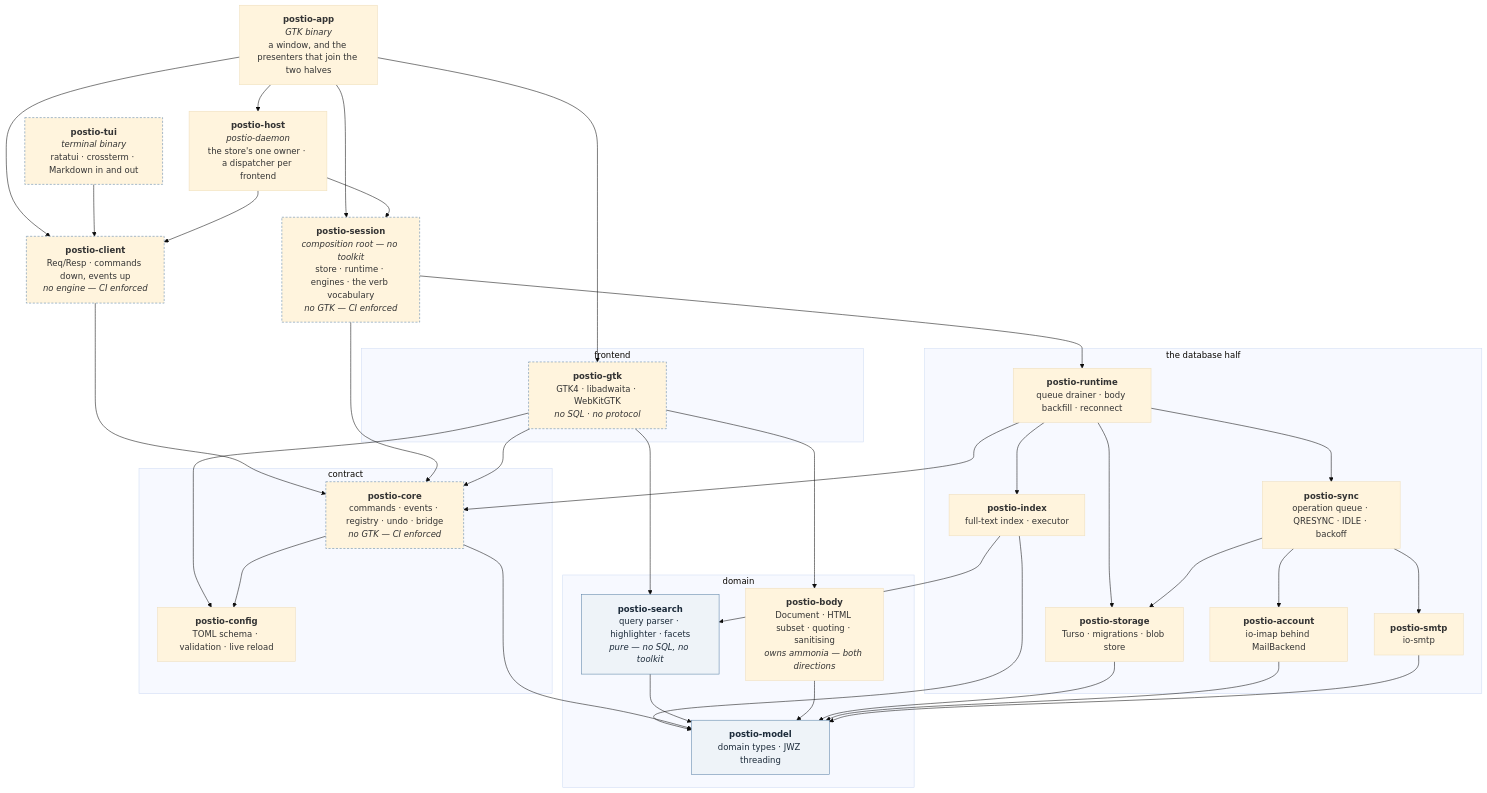
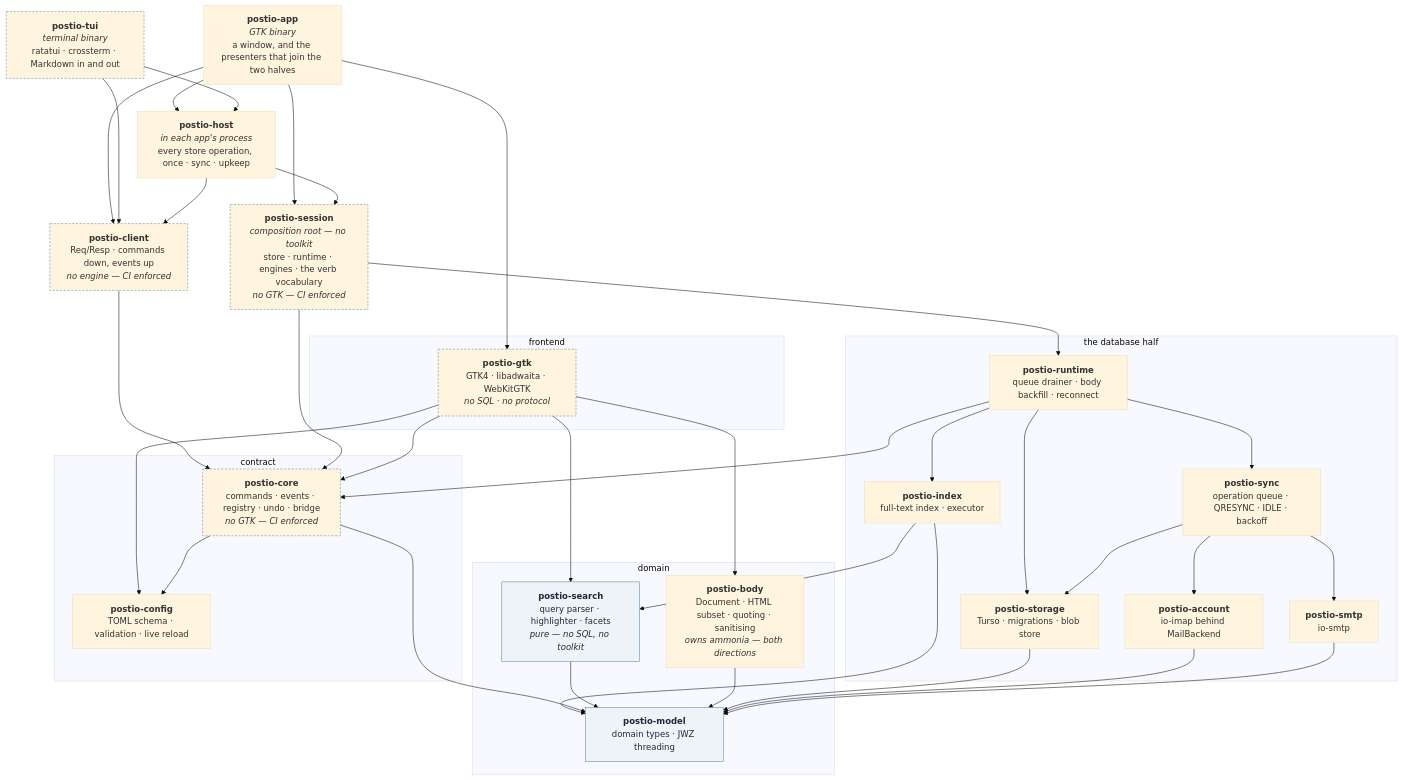
Before and after one commit to dlapiduz/postio: the diagram in docs/ARCHITECTURE.md, drawn with Mermaid (base theme). The commit also changed other lines of this file and 17 other files, not shown here.

First line of the commit message:
docs: one app opens the store at a time

````diff
--- a/docs/ARCHITECTURE.md
+++ b/docs/ARCHITECTURE.md
@@ -16,68 +16,69 @@
 ```mermaid
 graph TD
     app["<b>postio-app</b><br/><i>GTK binary</i><br/>a window, and the presenters that join the two halves"]
     tui["<b>postio-tui</b><br/><i>terminal binary</i><br/>ratatui · crossterm · Markdown in and out"]
-    host["<b>postio-host</b><br/><i>postio-daemon</i><br/>the store's one owner · a dispatcher per frontend"]
+    host["<b>postio-host</b><br/><i>in each app's process</i><br/>every store operation, once · sync · upkeep"]
     client["<b>postio-client</b><br/>Req/Resp · commands down, events up<br/><i>no engine — CI enforced</i>"]
     session["<b>postio-session</b><br/><i>composition root — no toolkit</i><br/>store · runtime · engines · the verb vocabulary<br/><i>no GTK — CI enforced</i>"]
 
     subgraph view ["frontend"]
         gtk["<b>postio-gtk</b><br/>GTK4 · libadwaita · WebKitGTK<br/><i>no SQL · no protocol</i>"]
     end
 
     subgraph engine ["the database half"]
         runtime["<b>postio-runtime</b><br/>queue drainer · body backfill · reconnect"]
         sync["<b>postio-sync</b><br/>operation queue · QRESYNC · IDLE · backoff"]
         imap["<b>postio-account</b><br/>io-imap behind MailBackend"]
         smtp["<b>postio-smtp</b><br/>io-smtp"]
         storage["<b>postio-storage</b><br/>Turso · migrations · blob store"]
         index["<b>postio-index</b><br/>full-text index · executor"]
     end
 
     subgraph contract ["contract"]
         core["<b>postio-core</b><br/>commands · events · registry · undo · bridge<br/><i>no GTK — CI enforced</i>"]
         config["<b>postio-config</b><br/>TOML schema · validation · live reload"]
     end
 
     subgraph domain ["domain"]
         search["<b>postio-search</b><br/>query parser · highlighter · facets<br/><i>pure — no SQL, no toolkit</i>"]
         body["<b>postio-body</b><br/>Document · HTML subset · quoting · sanitising<br/><i>owns ammonia — both directions</i>"]
         model["<b>postio-model</b><br/>domain types · JWZ threading"]
     end
 
     app --> session
     app --> gtk
     app --> host
     app --> client
     tui --> client
+    tui --> host
     host --> session
     host --> client
     client --> core
     session --> runtime
     session --> core
     gtk --> core
     gtk --> search
     gtk --> body
     gtk --> config
     runtime --> sync
     runtime --> index
     runtime --> core
     runtime --> storage
     sync --> imap
     sync --> smtp
     sync --> storage
     index --> search
     index --> model
     core --> config
     core --> model
     search --> model
     body --> model
     storage --> model
     imap --> model
     smtp --> model
 
     classDef pure fill:#eef3f8,stroke:#5980a6,color:#1c2b3a
     classDef guard stroke-dasharray:4 3,stroke:#5980a6
     class model,search pure
     class core,gtk,session,client,tui guard
 ```
````
